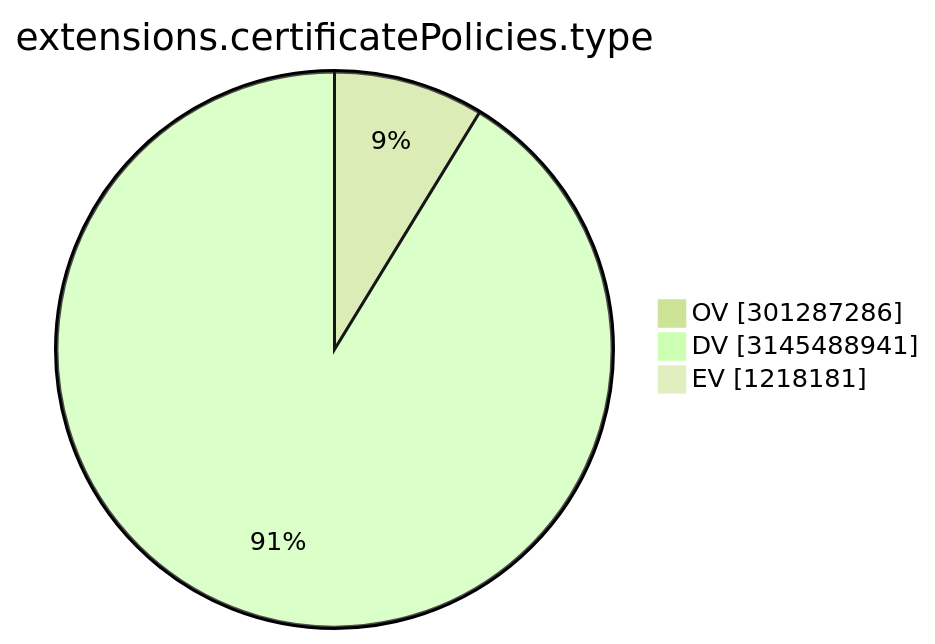
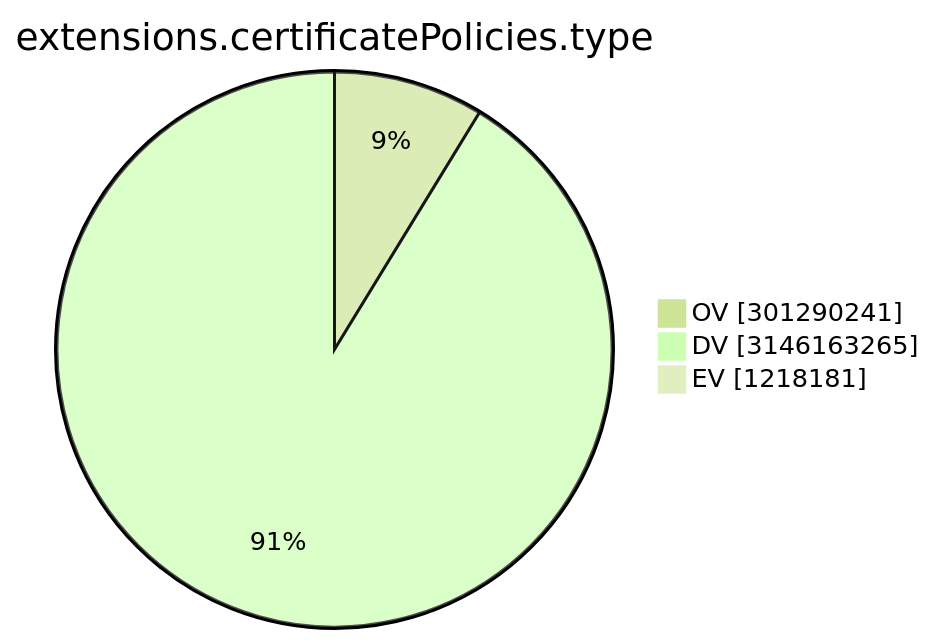
One commit to christiankrug/ctmonitor_visualization changed the ninth of 15 diagrams in TOTAL/README.md. Above: the diagram before and after it, drawn with Mermaid (forest theme). The commit also changed other lines of this file, not shown here.

````diff
--- a/TOTAL/README.md
+++ b/TOTAL/README.md
@@ -3105,7 +3105,7 @@
 ```mermaid
 pie showData
 title extensions.certificatePolicies.type
-"OV" :301287286
-"DV" :3145488941
+"OV" :301290241
+"DV" :3146163265
 "EV" :1218181
 ```
````
